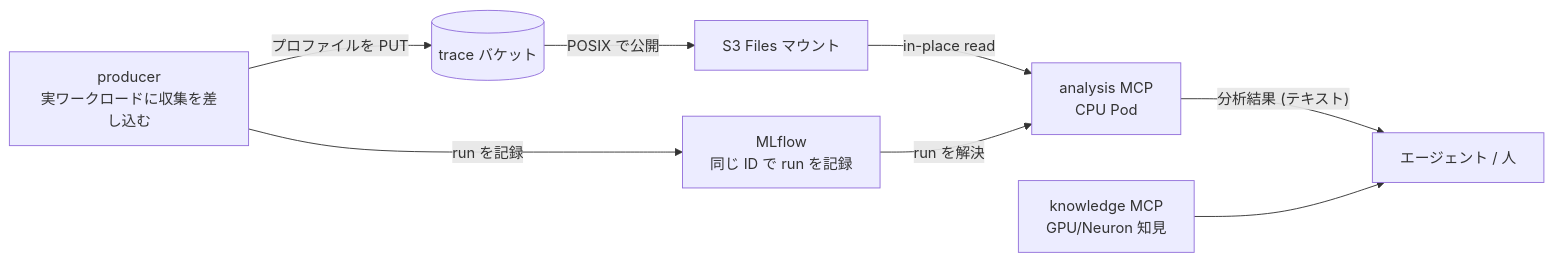
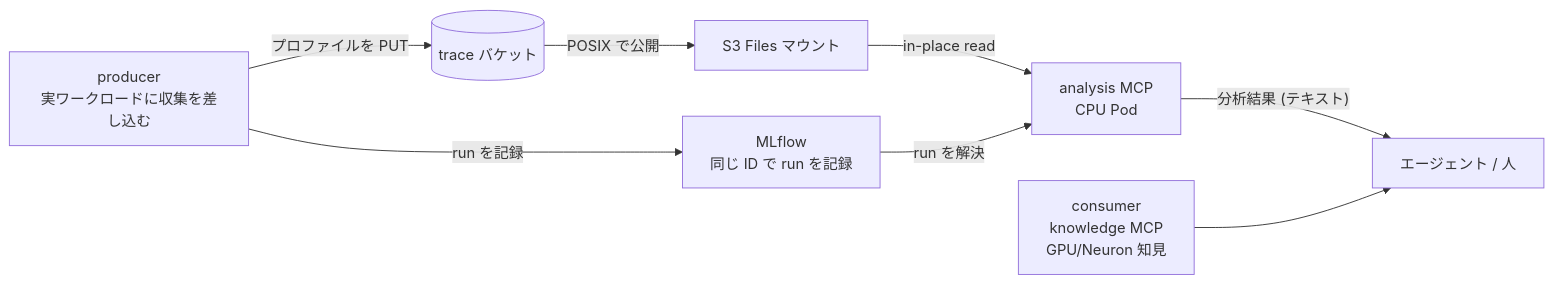
The diagram in articles/8ab01bc40f627a.md (littlemex/zenn), drawn with Mermaid before and after one commit. The commit also changed other lines of this file, not shown here.

````diff
--- a/articles/8ab01bc40f627a.md
+++ b/articles/8ab01bc40f627a.md
@@ -21,10 +19,10 @@
 ```mermaid
 flowchart LR
     P["producer<br/>実ワークロードに収集を差し込む"] -->|"プロファイルを PUT"| B[("trace バケット")]
     P -->|"run を記録"| M["MLflow<br/>同じ ID で run を記録"]
     B -->|"POSIX で公開"| S["S3 Files マウント"]
     S -->|"in-place read"| A["analysis MCP<br/>CPU Pod"]
     M -->|"run を解決"| A
     A -->|"分析結果 (テキスト)"| U["エージェント / 人"]
-    K["knowledge MCP<br/>GPU/Neuron 知見"] --> U
+    K["consumer<br/>knowledge MCP<br/>GPU/Neuron 知見"] --> U
 ```
````
